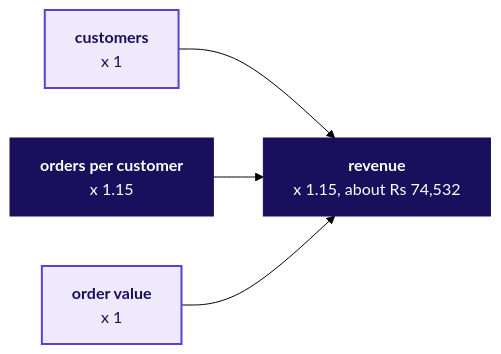
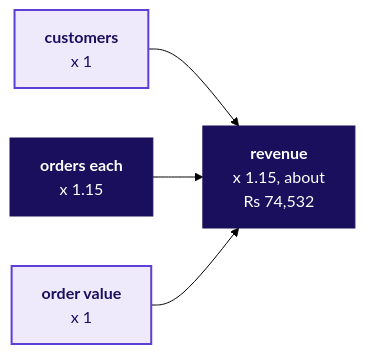
One commit to fde-academy-lab/c2-content-factory changed the fourth of 20 diagrams in content/W01/D1/slides/C2_W01_D01_half2_STUDENT.md. Above: the diagram before and after it, drawn with Mermaid (forest theme). The commit also changed other lines of this file and 32 other files, not shown here.

````diff
--- a/content/W01/D1/slides/C2_W01_D01_half2_STUDENT.md
+++ b/content/W01/D1/slides/C2_W01_D01_half2_STUDENT.md
@@ -192,10 +199,10 @@
 ```mermaid
 flowchart LR
-    C["<b>customers</b><br/>x 1"] --> R["<b>revenue</b><br/>x 1.15, about Rs 74,532"]
-    F["<b>orders per customer</b><br/>x 1.15"] --> R
+    C["<b>customers</b><br/>x 1"] --> R["<b>revenue</b><br/>x 1.15, about<br/>Rs 74,532"]
+    F["<b>orders each</b><br/>x 1.15"] --> R
     A["<b>order value</b><br/>x 1"] --> R
     classDef known fill:#EEEAFB,stroke:#5B3FD6,color:#1A0F5C,stroke-width:2px
     classDef bet fill:#1A0F5C,stroke:#1A0F5C,color:#FFFFFF
     class C,A known
     class F,R bet
 ```
````
